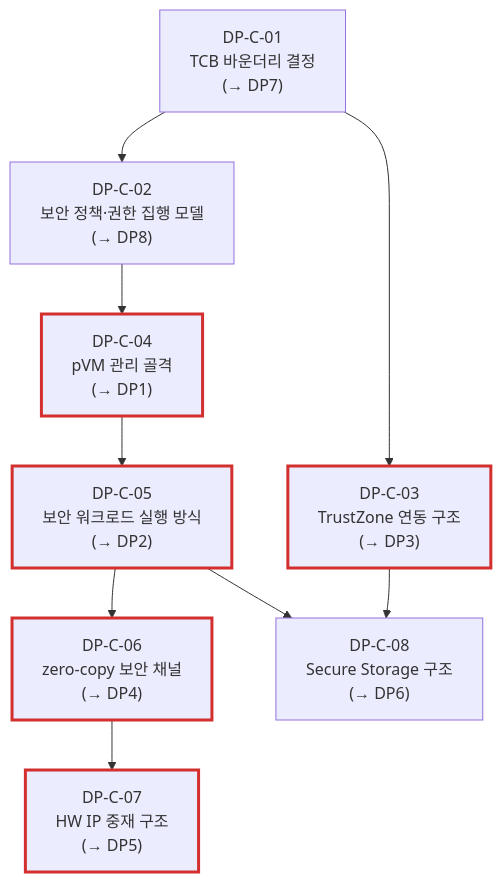
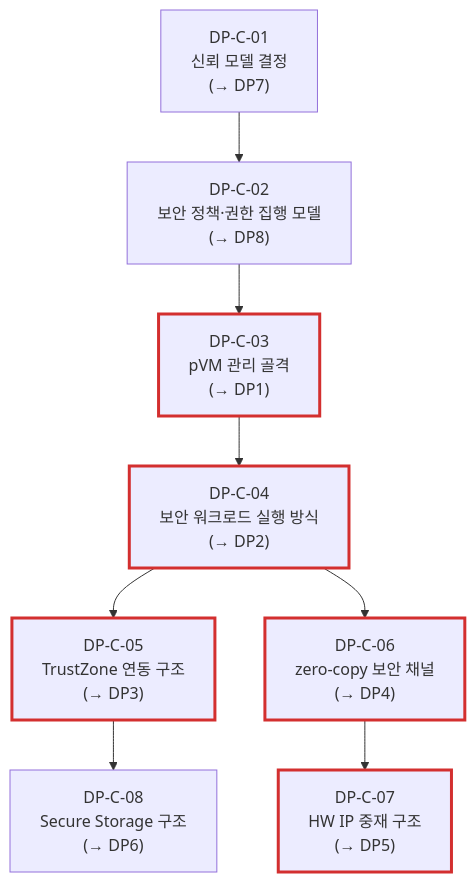
One commit to boram1288/test-p changed the diagram in docs/05_decision_points.md. Above: the diagram before and after it, drawn with Mermaid. The commit also changed other lines of this file and 10 other files, not shown here.

````diff
--- a/docs/05_decision_points.md
+++ b/docs/05_decision_points.md
@@ -52,23 +52,22 @@
 ```mermaid
 flowchart TD
-    DPC01["DP-C-01<br/>TCB 바운더리 결정<br/>(→ DP7)"]
+    DPC01["DP-C-01<br/>신뢰 모델 결정<br/>(→ DP7)"]
     DPC02["DP-C-02<br/>보안 정책·권한 집행 모델<br/>(→ DP8)"]
-    DPC03["DP-C-03<br/>TrustZone 연동 구조<br/>(→ DP3)"]
-    DPC04["DP-C-04<br/>pVM 관리 골격<br/>(→ DP1)"]
-    DPC05["DP-C-05<br/>보안 워크로드 실행 방식<br/>(→ DP2)"]
+    DPC03["DP-C-03<br/>pVM 관리 골격<br/>(→ DP1)"]
+    DPC04["DP-C-04<br/>보안 워크로드 실행 방식<br/>(→ DP2)"]
+    DPC05["DP-C-05<br/>TrustZone 연동 구조<br/>(→ DP3)"]
     DPC06["DP-C-06<br/>zero-copy 보안 채널<br/>(→ DP4)"]
     DPC07["DP-C-07<br/>HW IP 중재 구조<br/>(→ DP5)"]
     DPC08["DP-C-08<br/>Secure Storage 구조<br/>(→ DP6)"]
 
     classDef critical stroke:#d32f2f,stroke-width:3px
-    class DPC04,DPC05,DPC06,DPC07,DPC03 critical
+    class DPC03,DPC04,DPC06,DPC07,DPC05 critical
 
     DPC01 --> DPC02
-    DPC01 --> DPC03
-    DPC02 --> DPC04
+    DPC02 --> DPC03
+    DPC03 --> DPC04
     DPC04 --> DPC05
-    DPC05 --> DPC06
+    DPC04 --> DPC06
     DPC06 --> DPC07
-    DPC03 --> DPC08
     DPC05 --> DPC08
 ```
````
